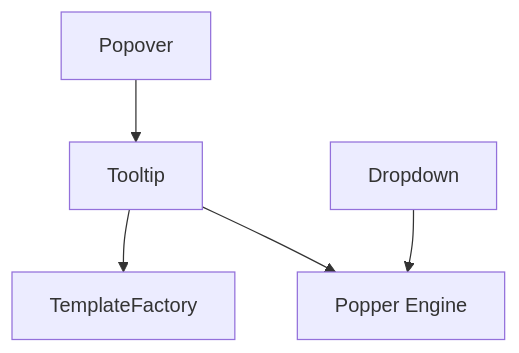
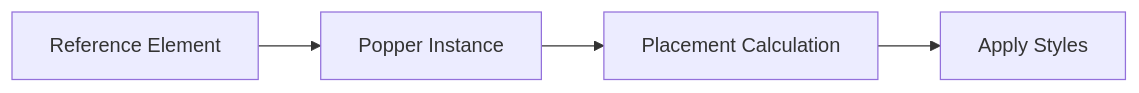
The seventh of 8 diagrams in docs/reference/architecture/bootstrap-components/bootstrap-components.md (Ylianst/MeshCentral), drawn with Mermaid before and after one commit. The commit also changed other lines of this file and 642 other files, not shown here.

````diff
--- a/docs/reference/architecture/bootstrap-components/bootstrap-components.md
+++ b/docs/reference/architecture/bootstrap-components/bootstrap-components.md
@@ -230,7 +318,6 @@
 ```mermaid
-flowchart TD
-    Tooltip["Tooltip"] --> TemplateFactory["TemplateFactory"]
-    Tooltip --> Popper["Popper Engine"]
-    Popover["Popover"] --> Tooltip
-    Dropdown["Dropdown"] --> Popper
+flowchart LR
+    A["Reference Element"] --> B["Popper Instance"]
+    B --> C["Placement Calculation"]
+    C --> D["Apply Styles"]
 ```
````
